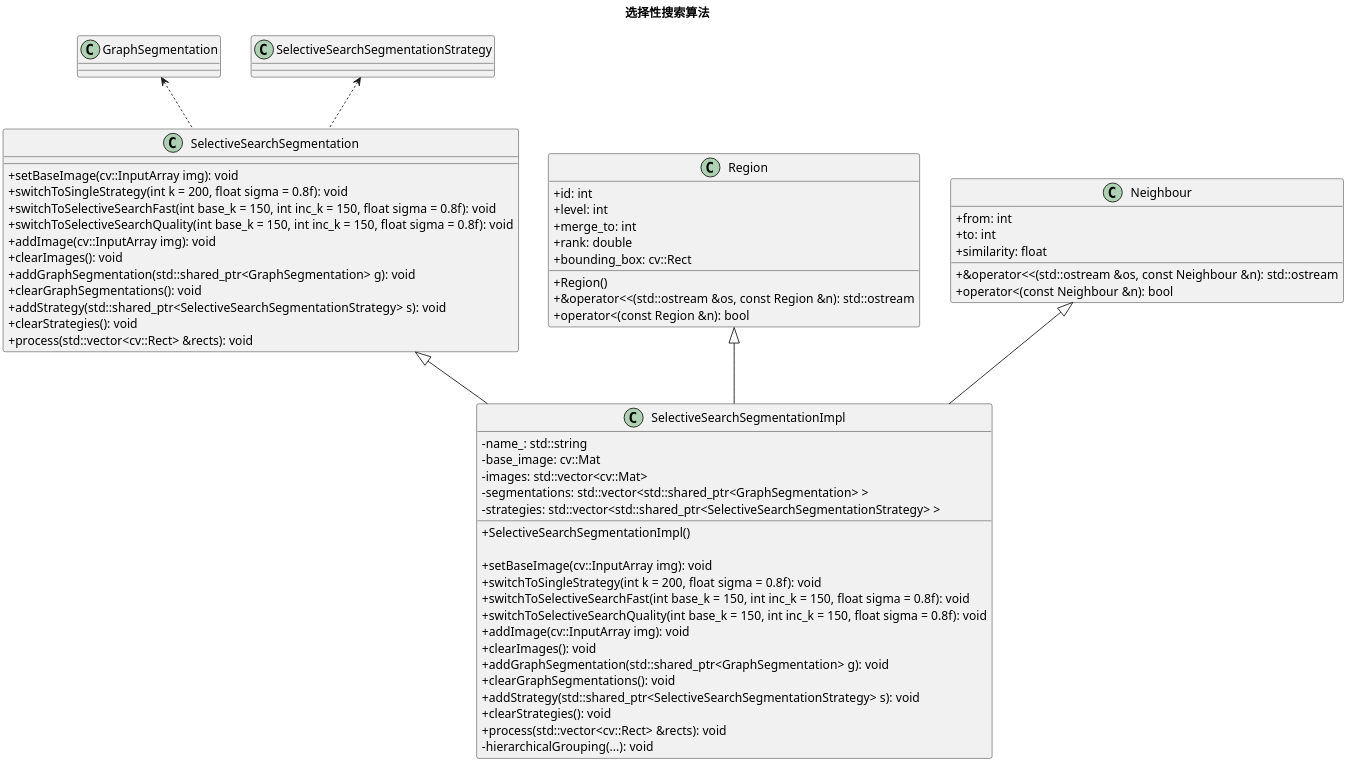
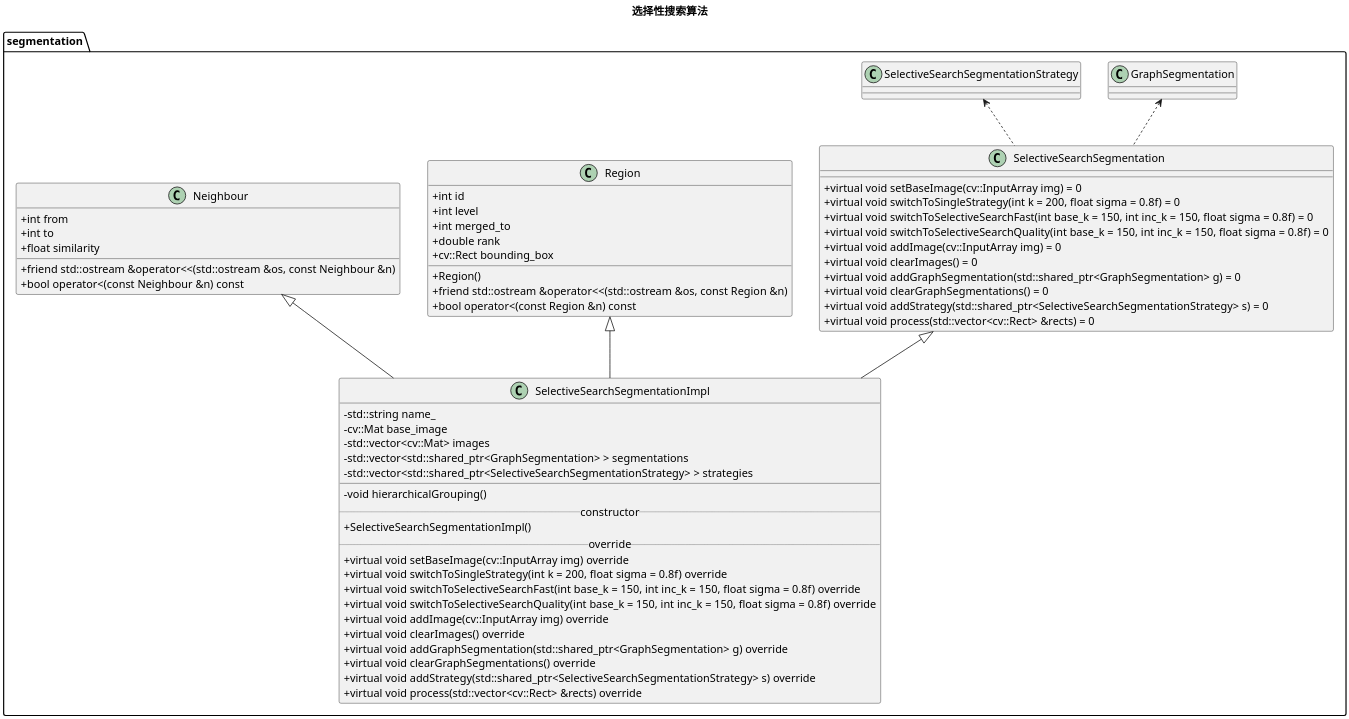
Before and after one commit to object-detection-algorithm/selectivesearch: the diagram in docs/uml/selectivesearch.puml, drawn with PlantUML. The commit also changed 1 other file, not shown here.

Commit message:
docs(plantuml): 更新选择性搜索算法类图实现

```diff
--- a/docs/uml/selectivesearch.puml
+++ b/docs/uml/selectivesearch.puml
@@ -1,74 +1,73 @@
 @startuml
 skinparam classAttributeIconSize 0
 scale 4096 width
 title 选择性搜索算法
 
-GraphSegmentation <.. SelectiveSearchSegmentation
+segmentation.GraphSegmentation <.. segmentation.SelectiveSearchSegmentation
 
-SelectiveSearchSegmentationStrategy <.. SelectiveSearchSegmentation
+segmentation.SelectiveSearchSegmentationStrategy <.. segmentation.SelectiveSearchSegmentation
 
-SelectiveSearchSegmentation <|-- SelectiveSearchSegmentationImpl
+segmentation.SelectiveSearchSegmentation <|-- segmentation.SelectiveSearchSegmentationImpl
 
-Region <|-- SelectiveSearchSegmentationImpl
+segmentation.Region <|-- segmentation.SelectiveSearchSegmentationImpl
 
-Neighbour <|-- SelectiveSearchSegmentationImpl
+segmentation.Neighbour <|-- segmentation.SelectiveSearchSegmentationImpl
 
-class SelectiveSearchSegmentation {
-    + setBaseImage(cv::InputArray img): void
-    + switchToSingleStrategy(int k = 200, float sigma = 0.8f): void
-    + switchToSelectiveSearchFast(int base_k = 150, int inc_k = 150, float sigma = 0.8f): void
-    + switchToSelectiveSearchQuality(int base_k = 150, int inc_k = 150, float sigma = 0.8f): void
-    + addImage(cv::InputArray img): void
-    + clearImages(): void
-    + addGraphSegmentation(std::shared_ptr<GraphSegmentation> g): void
-    + clearGraphSegmentations(): void
-    + addStrategy(std::shared_ptr<SelectiveSearchSegmentationStrategy> s): void
-    + clearStrategies(): void
-    + process(std::vector<cv::Rect> &rects): void
+class segmentation.SelectiveSearchSegmentation {
+    + virtual void setBaseImage(cv::InputArray img) = 0
+    + virtual void switchToSingleStrategy(int k = 200, float sigma = 0.8f) = 0
+    + virtual void switchToSelectiveSearchFast(int base_k = 150, int inc_k = 150, float sigma = 0.8f) = 0
+    + virtual void switchToSelectiveSearchQuality(int base_k = 150, int inc_k = 150, float sigma = 0.8f) = 0
+    + virtual void addImage(cv::InputArray img) = 0
+    + virtual void clearImages() = 0
+    + virtual void addGraphSegmentation(std::shared_ptr<GraphSegmentation> g) = 0
+    + virtual void clearGraphSegmentations() = 0
+    + virtual void addStrategy(std::shared_ptr<SelectiveSearchSegmentationStrategy> s) = 0
+    + virtual void process(std::vector<cv::Rect> &rects) = 0
 }
 
-class SelectiveSearchSegmentationImpl {
-    - name_: std::string
-    - base_image: cv::Mat
-    - images: std::vector<cv::Mat>
-    - segmentations: std::vector<std::shared_ptr<GraphSegmentation> >
-    - strategies: std::vector<std::shared_ptr<SelectiveSearchSegmentationStrategy> >
-
+class segmentation.SelectiveSearchSegmentationImpl {
+    - std::string name_
+    - cv::Mat base_image
+    - std::vector<cv::Mat> images
+    - std::vector<std::shared_ptr<GraphSegmentation> > segmentations
+    - std::vector<std::shared_ptr<SelectiveSearchSegmentationStrategy> > strategies
+    __
+    - void hierarchicalGrouping()
+    .. constructor ..
     + SelectiveSearchSegmentationImpl()
-
-    + setBaseImage(cv::InputArray img): void
-    + switchToSingleStrategy(int k = 200, float sigma = 0.8f): void
-    + switchToSelectiveSearchFast(int base_k = 150, int inc_k = 150, float sigma = 0.8f): void
-    + switchToSelectiveSearchQuality(int base_k = 150, int inc_k = 150, float sigma = 0.8f): void
-    + addImage(cv::InputArray img): void
-    + clearImages(): void
-    + addGraphSegmentation(std::shared_ptr<GraphSegmentation> g): void
-    + clearGraphSegmentations(): void
-    + addStrategy(std::shared_ptr<SelectiveSearchSegmentationStrategy> s): void
-    + clearStrategies(): void
-    + process(std::vector<cv::Rect> &rects): void   
-    - hierarchicalGrouping(...): void
+    .. override ..
+    + virtual void setBaseImage(cv::InputArray img) override
+    + virtual void switchToSingleStrategy(int k = 200, float sigma = 0.8f) override
+    + virtual void switchToSelectiveSearchFast(int base_k = 150, int inc_k = 150, float sigma = 0.8f) override
+    + virtual void switchToSelectiveSearchQuality(int base_k = 150, int inc_k = 150, float sigma = 0.8f) override
+    + virtual void addImage(cv::InputArray img) override
+    + virtual void clearImages() override
+    + virtual void addGraphSegmentation(std::shared_ptr<GraphSegmentation> g) override
+    + virtual void clearGraphSegmentations() override
+    + virtual void addStrategy(std::shared_ptr<SelectiveSearchSegmentationStrategy> s) override
+    + virtual void process(std::vector<cv::Rect> &rects) override
 }
 
-class Region {
-    + id: int
-    + level: int
-    + merge_to: int
-    + rank: double
-    + bounding_box: cv::Rect
+class segmentation.Region {
+    + int id
+    + int level
+    + int merged_to
+    + double rank
+    + cv::Rect bounding_box
 
     + Region()
-    + &operator<<(std::ostream &os, const Region &n): std::ostream
-    + operator<(const Region &n): bool
+    + friend std::ostream &operator<<(std::ostream &os, const Region &n)
+    + bool operator<(const Region &n) const
 }
 
-class Neighbour {
-    + from: int
-    + to: int
-    + similarity: float
+class segmentation.Neighbour {
+    + int from
+    + int to
+    + float similarity
 
-    + &operator<<(std::ostream &os, const Neighbour &n): std::ostream
-    + operator<(const Neighbour &n): bool
+    + friend std::ostream &operator<<(std::ostream &os, const Neighbour &n)
+    + bool operator<(const Neighbour &n) const
 }
 
 @enduml
```
